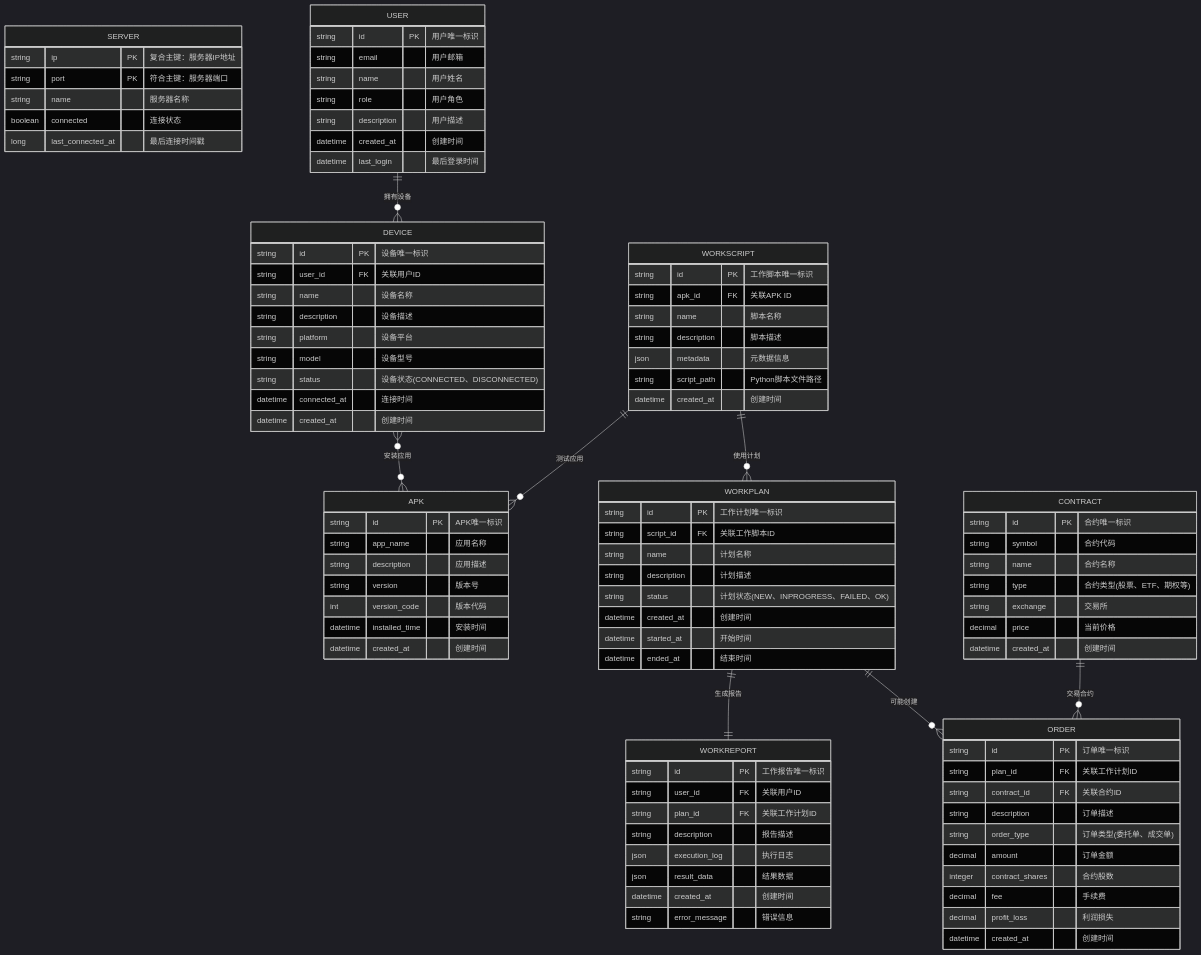
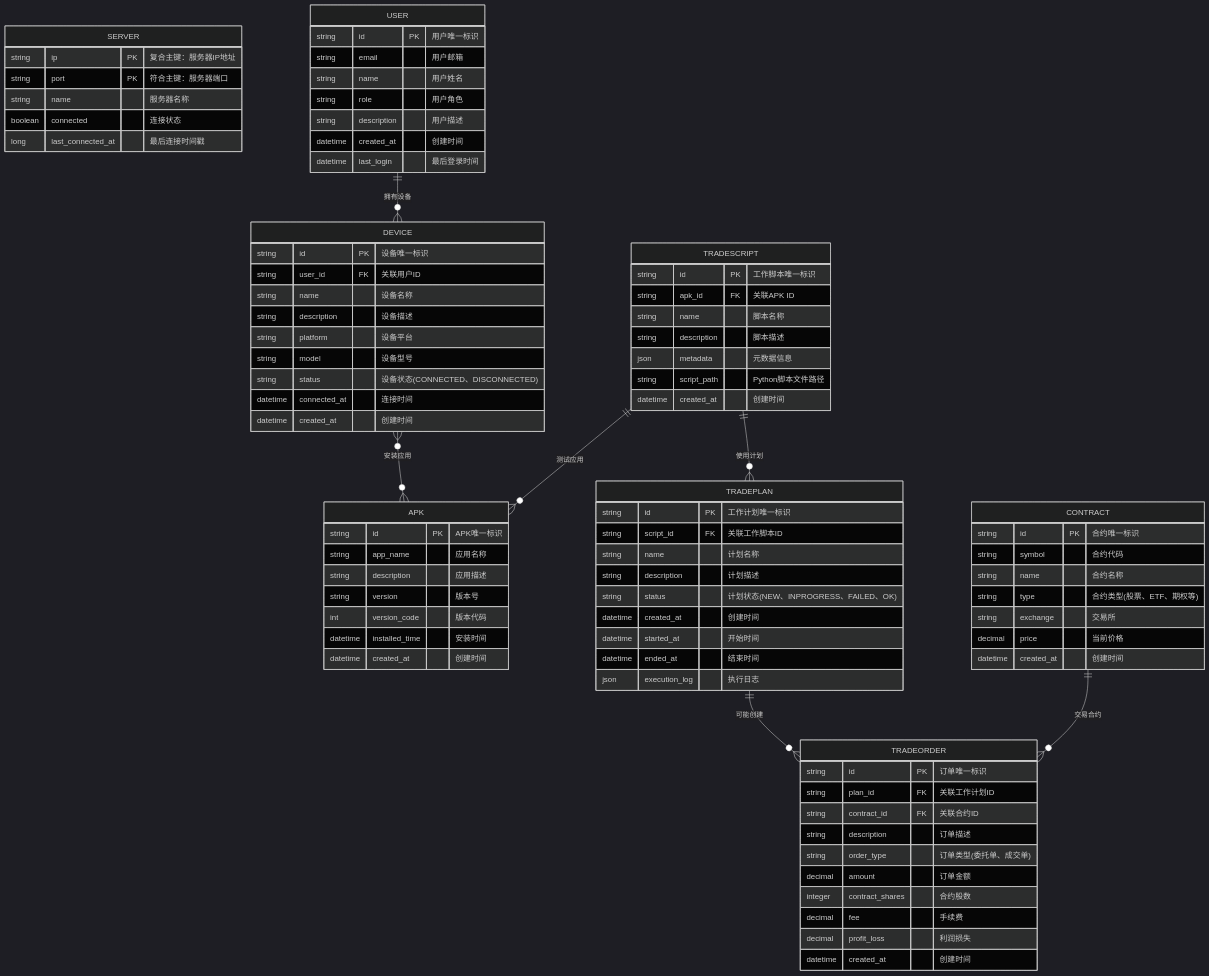
The sixth of 23 diagrams in autodroid-trader-app/docs/DESIGN.md (terminail/autodroid), drawn with Mermaid (dark theme) before and after one commit. The commit also changed other lines of this file and 1 other file, not shown here.

Commit message:
autodroid: save current work

````diff
--- a/autodroid-trader-app/docs/DESIGN.md
+++ b/autodroid-trader-app/docs/DESIGN.md
@@ -166,7 +166,7 @@
         datetime created_at "创建时间"
     }
     
-    WORKSCRIPT {
+    TRADESCRIPT {
         string id PK "工作脚本唯一标识"
         string apk_id FK "关联APK ID"
         string name "脚本名称"
@@ -176,7 +176,7 @@
         datetime created_at "创建时间"
     }
     
-    WORKPLAN {
+    TRADEPLAN {
         string id PK "工作计划唯一标识"
         string script_id FK "关联工作脚本ID"
         string name "计划名称"
@@ -185,17 +185,7 @@
         datetime created_at "创建时间"
         datetime started_at "开始时间"
         datetime ended_at "结束时间"
-    }
-    
-    WORKREPORT {
-        string id PK "工作报告唯一标识"
-        string user_id FK "关联用户ID"
-        string plan_id FK "关联工作计划ID"
-        string description "报告描述"
         json execution_log "执行日志"
-        json result_data "结果数据"
-        datetime created_at "创建时间"
-        string error_message "错误信息"
     }
     
     CONTRACT {
@@ -208,7 +198,7 @@
         datetime created_at "创建时间"
     }
     
-    ORDER {
+    TRADEORDER {
         string id PK "订单唯一标识"
         string plan_id FK "关联工作计划ID"
         string contract_id FK "关联合约ID"
@@ -223,9 +213,8 @@
     
     USER ||--o{ DEVICE : "拥有设备"
     DEVICE }o--o{ APK : "安装应用"
-    WORKSCRIPT ||--o{ APK : "测试应用"
-    WORKSCRIPT ||--o{ WORKPLAN : "使用计划"
-    WORKPLAN ||--|| WORKREPORT : "生成报告"
-    WORKPLAN ||--o{ ORDER : "可能创建"
-    CONTRACT ||--o{ ORDER : "交易合约"
+    TRADESCRIPT ||--o{ APK : "测试应用"
+    TRADESCRIPT ||--o{ TRADEPLAN : "使用计划"
+    TRADEPLAN ||--o{ TRADEORDER : "可能创建"
+    CONTRACT ||--o{ TRADEORDER : "交易合约"
 ```
````
